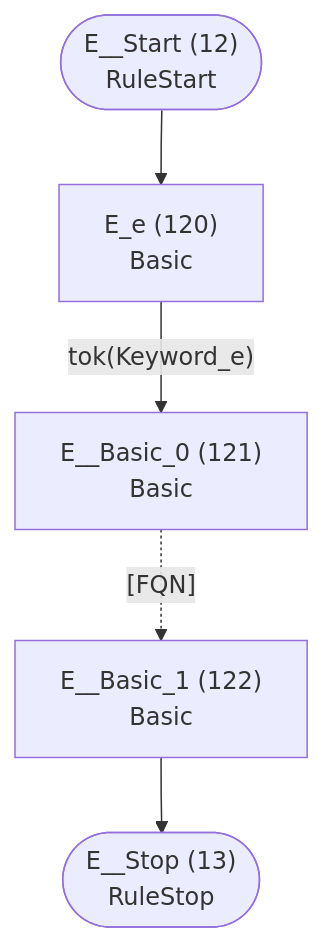
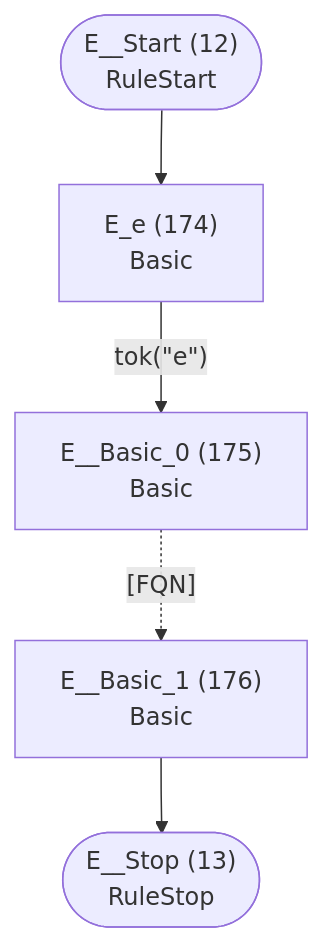
The seventh of 41 diagrams in internal/languages/completion/atn.md (TypeFox/fastbelt), drawn with Mermaid before and after one commit. The commit also changed other lines of this file and 36 other files, not shown here.

````diff
--- a/internal/languages/completion/atn.md
+++ b/internal/languages/completion/atn.md
@@ -234,13 +279,13 @@
 ```mermaid
 flowchart TD
     q12(["E__Start (12)<br/>RuleStart"])
     q13(["E__Stop (13)<br/>RuleStop"])
-    q120["E_e (120)<br/>Basic<br/>"]
-    q121["E__Basic_0 (121)<br/>Basic<br/>"]
-    q122["E__Basic_1 (122)<br/>Basic<br/>"]
+    q174["E_e (174)<br/>Basic<br/>"]
+    q175["E__Basic_0 (175)<br/>Basic<br/>"]
+    q176["E__Basic_1 (176)<br/>Basic<br/>"]
 
-    q12 --> q120
-    q120 -->|"tok(Keyword_e)"| q121
-    q121 -.->|"[FQN]"| q122
-    q122 --> q13
+    q12 --> q174
+    q174 -->|"tok(&quot;e&quot;)"| q175
+    q175 -.->|"[FQN]"| q176
+    q176 --> q13
 ```
````
